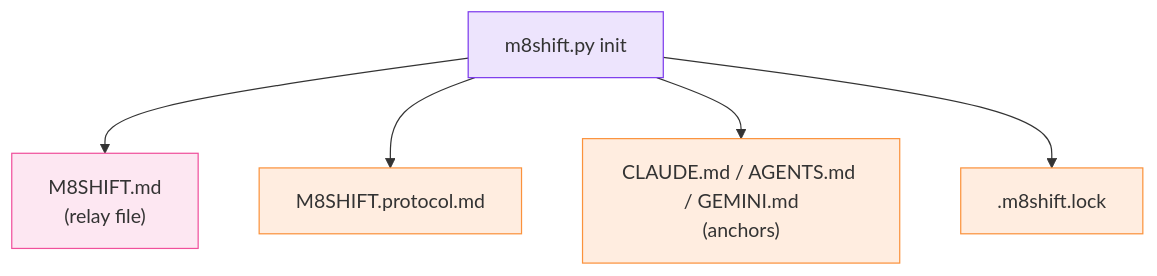
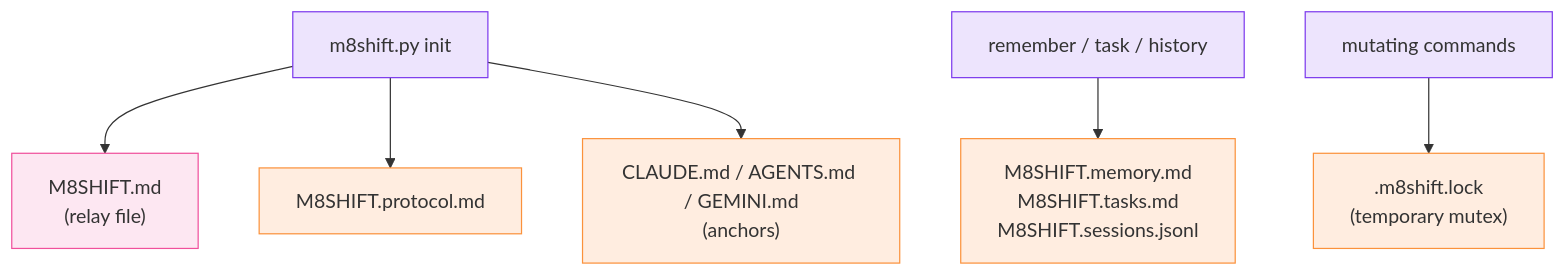
The diagram in docs/reference/generated-files.md (M8Shift/m8shift.github.io), drawn with Mermaid before and after one commit. The commit also changed other lines of this file and 37 other files, not shown here.

````diff
--- a/docs/reference/generated-files.md
+++ b/docs/reference/generated-files.md
@@ -7,14 +8,15 @@
 ```mermaid
 flowchart TD
     INIT["m8shift.py init"] --> RELAY["M8SHIFT.md<br/>(relay file)"]
     INIT --> PROTO["M8SHIFT.protocol.md"]
     INIT --> ANCH["CLAUDE.md / AGENTS.md / GEMINI.md<br/>(anchors)"]
-    INIT --> LOCK[".m8shift.lock"]
+    CMD["remember / task / history"] --> LEDGER["M8SHIFT.memory.md<br/>M8SHIFT.tasks.md<br/>M8SHIFT.sessions.jsonl"]
+    MUT["mutating commands"] --> LOCK[".m8shift.lock<br/>(temporary mutex)"]
 
     classDef agent fill:#7c3aed22,stroke:#7c3aed;
     classDef pen fill:#f0509c22,stroke:#f0509c;
     classDef store fill:#ff7a1822,stroke:#fb923c;
-    class INIT agent
+    class INIT,CMD,MUT agent
     class RELAY pen
-    class PROTO,ANCH,LOCK store
+    class PROTO,ANCH,LOCK,LEDGER store
 ```
````
